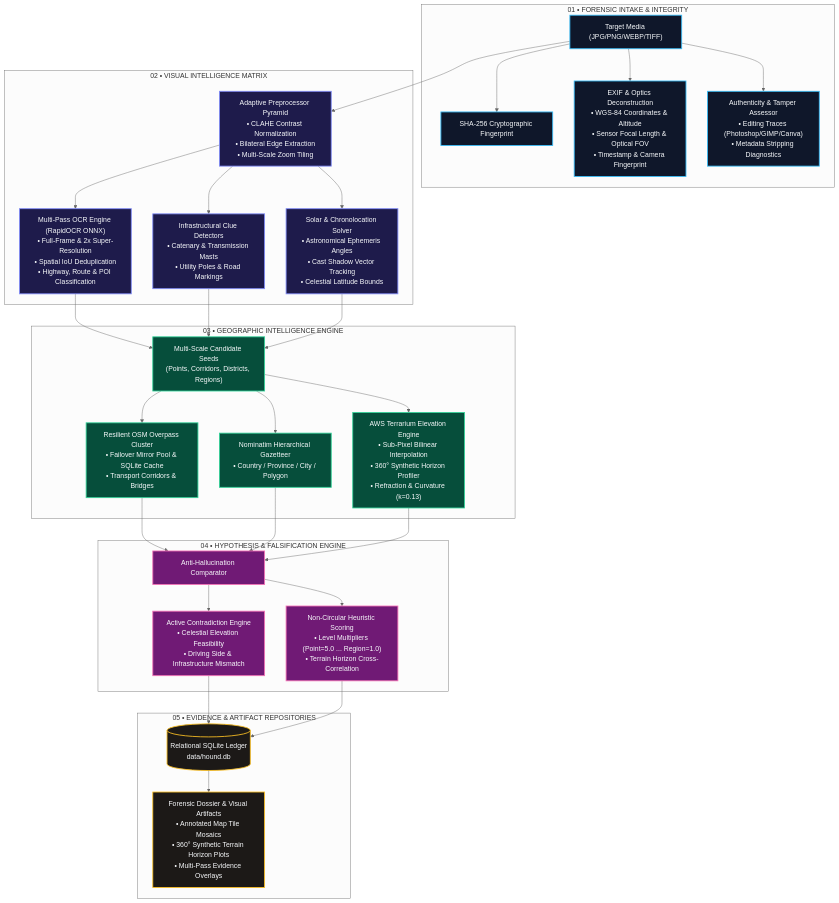
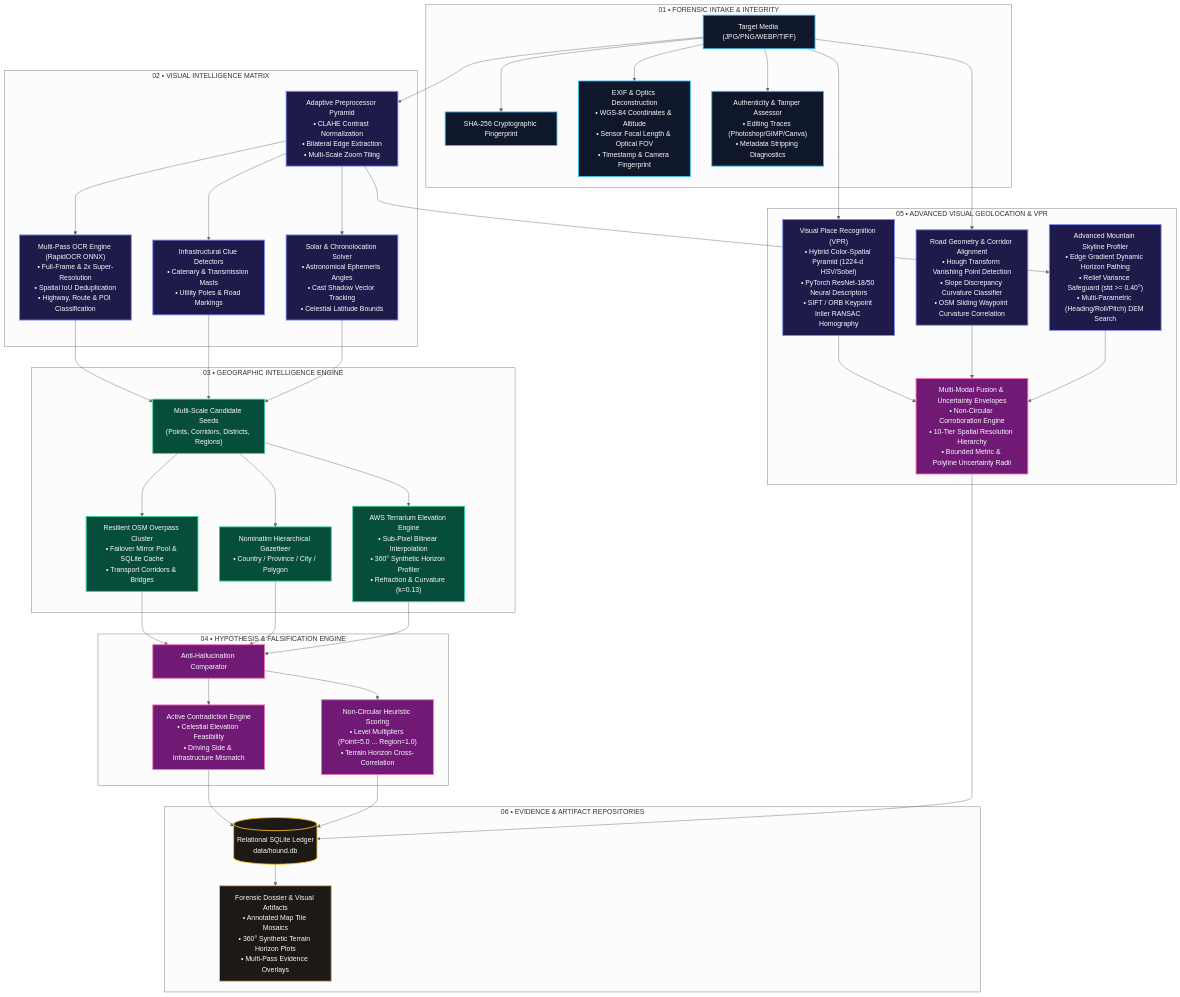
One commit to AIwolfie/Hound changed the diagram in README.md. Above: the diagram before and after it, drawn with Mermaid (neutral theme). The commit also changed other lines of this file and 20 other files, not shown here.

Commit message:
feat(vpr): implement Phase 5 advanced visual place recognition, road geometry matching, and spatial uncertainty envelopes

````diff
--- a/README.md
+++ b/README.md
@@ -44,41 +44,48 @@
 ```mermaid
 flowchart TB
     %% STYLES
     classDef intake fill:#0f172a,stroke:#38bdf8,stroke-width:2px,color:#f8fafc;
     classDef vision fill:#1e1b4b,stroke:#818cf8,stroke-width:2px,color:#f8fafc;
     classDef geo fill:#064e3b,stroke:#34d399,stroke-width:2px,color:#f8fafc;
     classDef agent fill:#701a75,stroke:#f472b6,stroke-width:2px,color:#f8fafc;
     classDef store fill:#1c1917,stroke:#fbbf24,stroke-width:2px,color:#f8fafc;
 
     subgraph PHASE1 ["01 • FORENSIC INTAKE & INTEGRITY"]
         RAW["Target Media (JPG/PNG/WEBP/TIFF)"]:::intake
         RAW --> HASH["SHA-256 Cryptographic Fingerprint"]:::intake
         RAW --> EXIF["EXIF & Optics Deconstruction<br/>• WGS-84 Coordinates & Altitude<br/>• Sensor Focal Length & Optical FOV<br/>• Timestamp & Camera Fingerprint"]:::intake
         RAW --> TAMPER["Authenticity & Tamper Assessor<br/>• Editing Traces (Photoshop/GIMP/Canva)<br/>• Metadata Stripping Diagnostics"]:::intake
     end
 
     subgraph PHASE2 ["02 • VISUAL INTELLIGENCE MATRIX"]
         RAW --> PREP["Adaptive Preprocessor Pyramid<br/>• CLAHE Contrast Normalization<br/>• Bilateral Edge Extraction<br/>• Multi-Scale Zoom Tiling"]:::vision
         PREP --> OCR["Multi-Pass OCR Engine (RapidOCR ONNX)<br/>• Full-Frame & 2x Super-Resolution<br/>• Spatial IoU Deduplication<br/>• Highway, Route & POI Classification"]:::vision
         PREP --> INFRA["Infrastructural Clue Detectors<br/>• Catenary & Transmission Masts<br/>• Utility Poles & Road Markings"]:::vision
         PREP --> SOLAR["Solar & Chronolocation Solver<br/>• Astronomical Ephemeris Angles<br/>• Cast Shadow Vector Tracking<br/>• Celestial Latitude Bounds"]:::vision
     end
 
     subgraph PHASE3 ["03 • GEOGRAPHIC INTELLIGENCE ENGINE"]
         OCR & INFRA & SOLAR --> SEEDS["Multi-Scale Candidate Seeds<br/>(Points, Corridors, Districts, Regions)"]:::geo
         SEEDS --> OVERPASS["Resilient OSM Overpass Cluster<br/>• Failover Mirror Pool & SQLite Cache<br/>• Transport Corridors & Bridges"]:::geo
         SEEDS --> GAZETTEER["Nominatim Hierarchical Gazetteer<br/>• Country / Province / City / Polygon"]:::geo
         SEEDS --> DEM["AWS Terrarium Elevation Engine<br/>• Sub-Pixel Bilinear Interpolation<br/>• 360° Synthetic Horizon Profiler<br/>• Refraction & Curvature (k=0.13)"]:::geo
     end
 
     subgraph PHASE4 ["04 • HYPOTHESIS & FALSIFICATION ENGINE"]
         OVERPASS & GAZETTEER & DEM --> COMPARATOR["Anti-Hallucination Comparator"]:::agent
         COMPARATOR --> FALSIFY["Active Contradiction Engine<br/>• Celestial Elevation Feasibility<br/>• Driving Side & Infrastructure Mismatch"]:::agent
         COMPARATOR --> BREAKDOWN["Non-Circular Heuristic Scoring<br/>• Level Multipliers (Point=5.0 ... Region=1.0)<br/>• Terrain Horizon Cross-Correlation"]:::agent
     end
 
-    subgraph STORAGE ["05 • EVIDENCE & ARTIFACT REPOSITORIES"]
-        FALSIFY & BREAKDOWN --> LEDGER[("Relational SQLite Ledger<br/>data/hound.db")]:::store
+    subgraph PHASE5 ["05 • ADVANCED VISUAL GEOLOCATION & VPR"]
+        RAW --> VPR["Visual Place Recognition (VPR)<br/>• Hybrid Color-Spatial Pyramid (1224-d HSV/Sobel)<br/>• PyTorch ResNet-18/50 Neural Descriptors<br/>• SIFT / ORB Keypoint Inlier RANSAC Homography"]:::vision
+        RAW --> ROAD["Road Geometry & Corridor Alignment<br/>• Hough Transform Vanishing Point Detection<br/>• Slope Discrepancy Curvature Classifier<br/>• OSM Sliding Waypoint Curvature Correlation"]:::vision
+        PREP --> SKYLINE["Advanced Mountain Skyline Profiler<br/>• Edge Gradient Dynamic Horizon Pathing<br/>• Relief Variance Safeguard (std >= 0.40°)<br/>• Multi-Parametric (Heading/Roll/Pitch) DEM Search"]:::vision
+        VPR & ROAD & SKYLINE --> RANKER["Multi-Modal Fusion & Uncertainty Envelopes<br/>• Non-Circular Corroboration Engine<br/>• 10-Tier Spatial Resolution Hierarchy<br/>• Bounded Metric & Polyline Uncertainty Radii"]:::agent
+    end
+
+    subgraph STORAGE ["06 • EVIDENCE & ARTIFACT REPOSITORIES"]
+        FALSIFY & BREAKDOWN & RANKER --> LEDGER[("Relational SQLite Ledger<br/>data/hound.db")]:::store
         LEDGER --> VISUALS["Forensic Dossier & Visual Artifacts<br/>• Annotated Map Tile Mosaics<br/>• 360° Synthetic Terrain Horizon Plots<br/>• Multi-Pass Evidence Overlays"]:::store
     end
 ```
````
